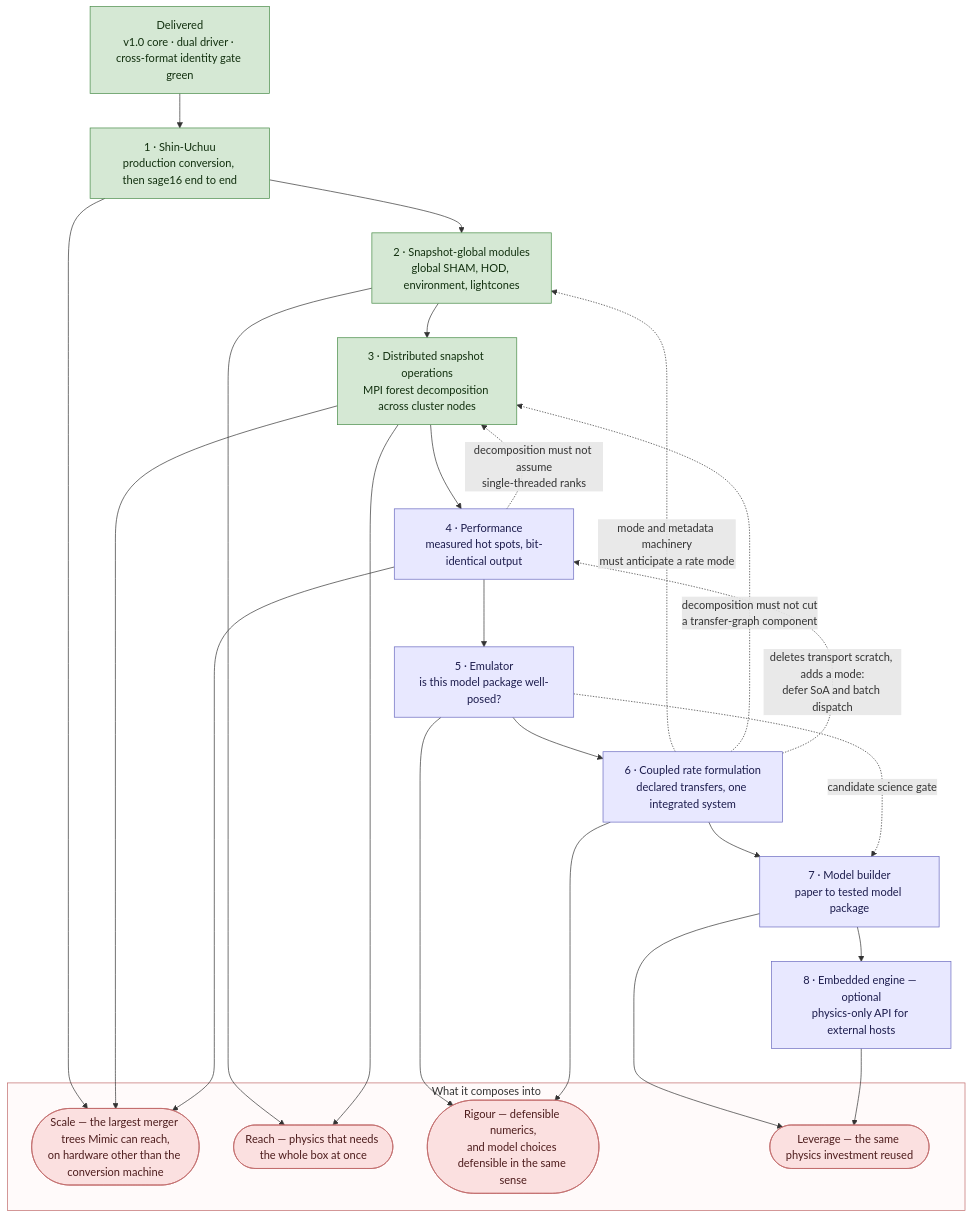
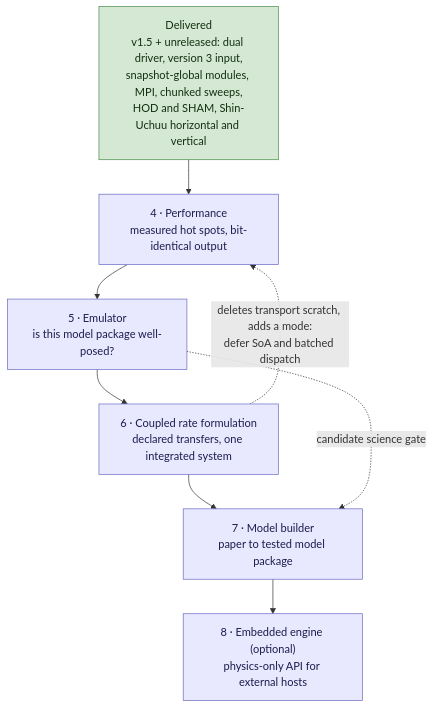
Before and after one commit to darrencroton/mimic: the diagram in docs/dev/MIMIC-DEVELOPMENT-PATHWAY.md, drawn with Mermaid. The commit also changed other lines of this file and 11 other files, not shown here.

````diff
--- a/docs/dev/MIMIC-DEVELOPMENT-PATHWAY.md
+++ b/docs/dev/MIMIC-DEVELOPMENT-PATHWAY.md
@@ -44,49 +22,18 @@
 ```mermaid
 flowchart TD
-    DONE["Delivered<br/>v1.0 core · dual driver · cross-format identity gate green"]
-
-    S1["1 · Shin-Uchuu<br/>production conversion, then sage16 end to end"]
-    S2["2 · Snapshot-global modules<br/>global SHAM, HOD, environment, lightcones"]
-    S3["3 · Distributed snapshot operations<br/>MPI forest decomposition across cluster nodes"]
+    DONE["Delivered<br/>v1.5 + unreleased: dual driver, version 3 input,<br/>snapshot-global modules, MPI, chunked sweeps,<br/>HOD and SHAM, Shin-Uchuu horizontal and vertical"]
     S4["4 · Performance<br/>measured hot spots, bit-identical output"]
     S5["5 · Emulator<br/>is this model package well-posed?"]
     S6["6 · Coupled rate formulation<br/>declared transfers, one integrated system"]
     S7["7 · Model builder<br/>paper to tested model package"]
-    S8["8 · Embedded engine — optional<br/>physics-only API for external hosts"]
+    S8["8 · Embedded engine (optional)<br/>physics-only API for external hosts"]
 
-    subgraph VALUE["What it composes into"]
-        VSCALE(["Scale — the largest merger trees Mimic can reach,<br/>on hardware other than the conversion machine"])
-        VREACH(["Reach — physics that needs the whole box at once"])
-        VRIGOUR(["Rigour — defensible numerics,<br/>and model choices defensible in the same sense"])
-        VLEVER(["Leverage — the same physics investment reused"])
-    end
-
-    DONE --> S1 --> S2 --> S3 --> S4 --> S5 --> S6 --> S7 --> S8
-
-    S6 -.->|mode and metadata machinery<br/>must anticipate a rate mode| S2
-    S6 -.->|decomposition must not cut<br/>a transfer-graph component| S3
-    S6 -.->|deletes transport scratch, adds a mode:<br/>defer SoA and batch dispatch| S4
-    S4 -.->|decomposition must not assume<br/>single-threaded ranks| S3
+    DONE --> S4 --> S5 --> S6 --> S7 --> S8
+    S6 -.->|deletes transport scratch, adds a mode:<br/>defer SoA and batched dispatch| S4
     S5 -.->|candidate science gate| S7
-
-    S1 --> VSCALE
-    S3 --> VSCALE
-    S4 --> VSCALE
-    S2 --> VREACH
-    S3 --> VREACH
-    S5 --> VRIGOUR
-    S6 --> VRIGOUR
-    S7 --> VLEVER
-    S8 --> VLEVER
 
     classDef done fill:#d5e8d4,stroke:#478c47,color:#12300f
     classDef step fill:#e8e8ff,stroke:#6a6ac0,color:#1c1c4d
-    classDef flight fill:#fff2cc,stroke:#c8a415,color:#3d3000
-    classDef value fill:#fbe0e0,stroke:#c06a6a,color:#4d1c1c
     class DONE done
-    class S1,S2,S3 done
     class S4,S5,S6,S7,S8 step
-    class VSCALE,VREACH,VRIGOUR,VLEVER value
-
-    style VALUE fill:#fffafa,stroke:#c06a6a
 ```
````
